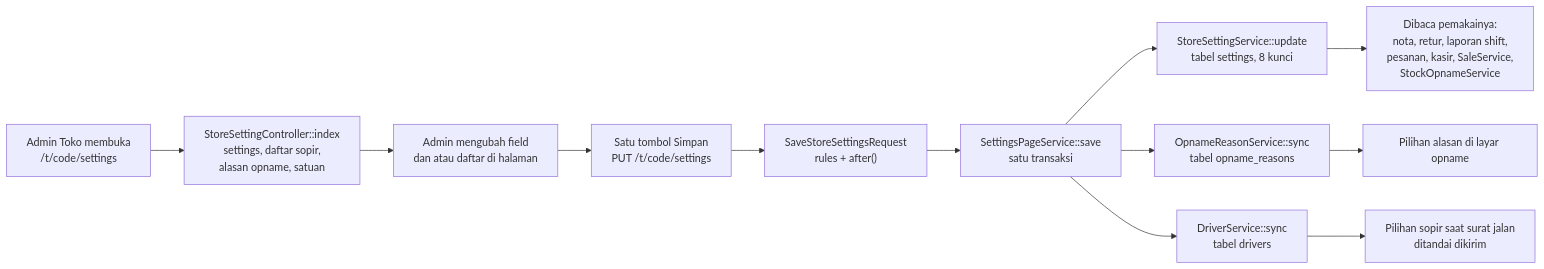
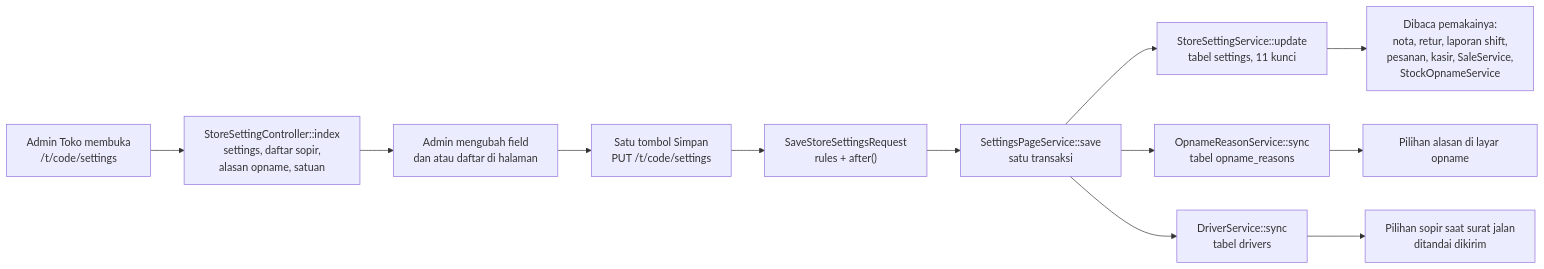
The first of 4 diagrams in docs/pengaturan-toko-docs.md (aliefpraditya/store-management), drawn with Mermaid before and after one commit. The commit also changed other lines of this file and 28 other files, not shown here.

````diff
--- a/docs/pengaturan-toko-docs.md
+++ b/docs/pengaturan-toko-docs.md
@@ -17,14 +17,14 @@
 ```mermaid
 flowchart LR
     A["Admin Toko membuka<br/>/t/code/settings"] --> B["StoreSettingController::index<br/>settings, daftar sopir,<br/>alasan opname, satuan"]
     B --> C["Admin mengubah field<br/>dan atau daftar di halaman"]
     C --> D["Satu tombol Simpan<br/>PUT /t/code/settings"]
     D --> E["SaveStoreSettingsRequest<br/>rules + after()"]
     E --> F["SettingsPageService::save<br/>satu transaksi"]
-    F --> G["StoreSettingService::update<br/>tabel settings, 8 kunci"]
+    F --> G["StoreSettingService::update<br/>tabel settings, 11 kunci"]
     F --> H["OpnameReasonService::sync<br/>tabel opname_reasons"]
     F --> I["DriverService::sync<br/>tabel drivers"]
     G --> J["Dibaca pemakainya:<br/>nota, retur, laporan shift,<br/>pesanan, kasir, SaleService,<br/>StockOpnameService"]
     H --> K["Pilihan alasan di layar opname"]
     I --> L["Pilihan sopir saat surat jalan<br/>ditandai dikirim"]
 ```
````
